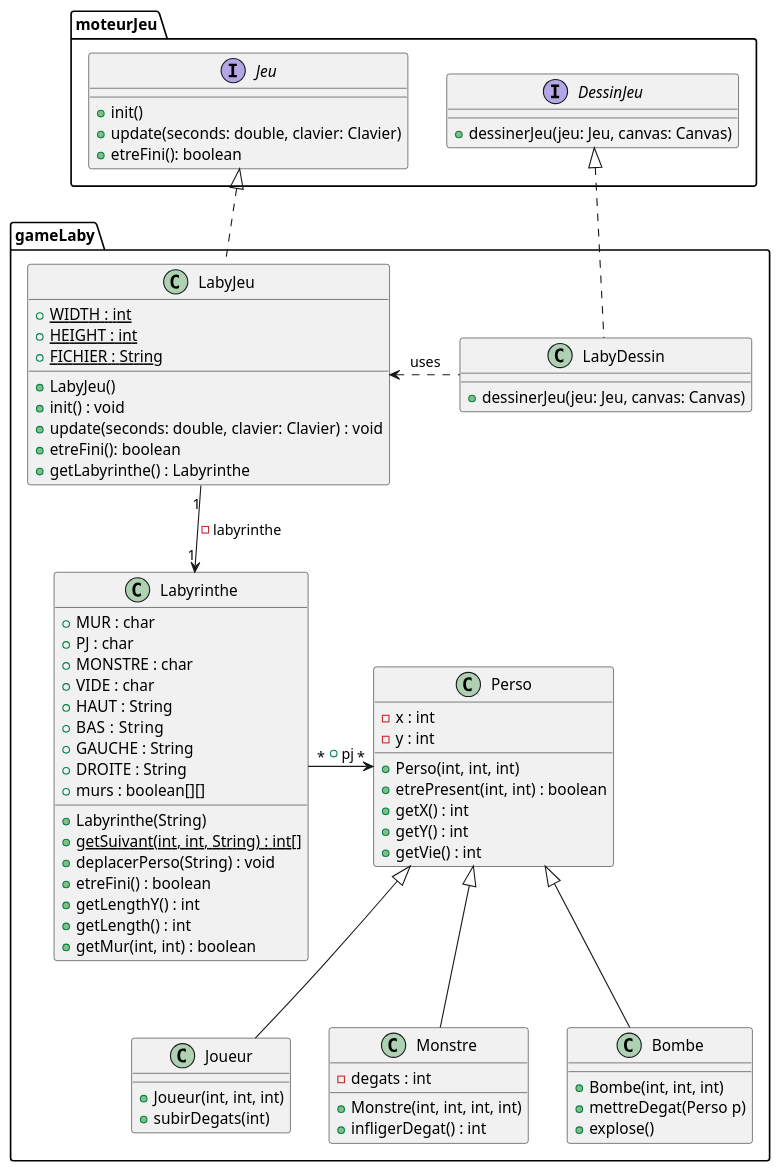
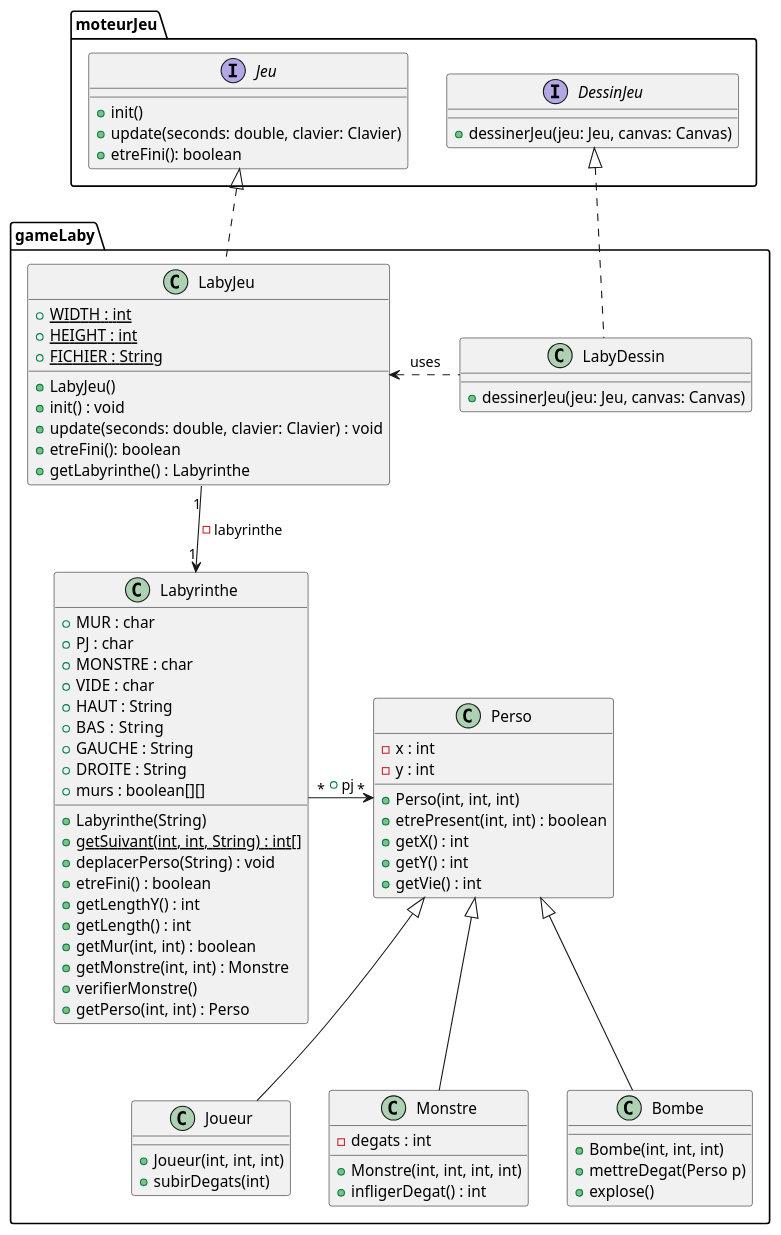
One commit to Packingdustry/2024_Zeldiablo_massoncl1u_delaborde2u_e2074u_marti1228u_e2920u changed the diagram in projet_zeldiablo/documents/version_1/LabyJeu.puml. Above: the diagram before and after it, drawn with PlantUML.

Commit message:
MAJ diagramme de classe 2

```diff
--- a/projet_zeldiablo/documents/version_1/LabyJeu.puml
+++ b/projet_zeldiablo/documents/version_1/LabyJeu.puml
@@ -1,89 +1,92 @@
 @startuml
 package moteurJeu {
 
 interface Jeu{
 + init()
 + update(seconds: double, clavier: Clavier)
 + etreFini(): boolean
 }
 
 
 interface DessinJeu {
 + dessinerJeu(jeu: Jeu, canvas: Canvas)
 }
 }
 
 package gameLaby{
 
 class LabyJeu{
 + {static} WIDTH : int
 + {static} HEIGHT : int
 + {static} FICHIER : String
 + LabyJeu()
 + init() : void
 + update(seconds: double, clavier: Clavier) : void
 + etreFini(): boolean
 + getLabyrinthe() : Labyrinthe
 }
 
 class Labyrinthe {
   + MUR : char
   + PJ : char
   + MONSTRE : char
   + VIDE : char
   + HAUT : String
   + BAS  : String
   + GAUCHE : String
   + DROITE : String
   + murs : boolean[][]
   + Labyrinthe(String)
   + {static} getSuivant(int, int, String) : int[]
   + deplacerPerso(String) : void
   + etreFini() : boolean
   + getLengthY() : int
   + getLength() : int
   + getMur(int, int) : boolean
+  + getMonstre(int, int) : Monstre
+  + verifierMonstre()
+  + getPerso(int, int) : Perso
 }
 
 
 Jeu <|.. LabyJeu
 
 
 LabyJeu "1" --> "1" Labyrinthe : -labyrinthe
 
 
 class LabyDessin{
 + dessinerJeu(jeu: Jeu, canvas: Canvas)
 }
 
 DessinJeu <|.. LabyDessin
 LabyJeu <. LabyDessin:uses
 
 class Perso {
   - x : int
   - y : int
   + Perso(int, int, int)
   + etrePresent(int, int) : boolean
   + getX() : int
   + getY() : int
   + getVie() : int
 }
 
 class Joueur extends Perso{
   + Joueur(int, int, int)
   + subirDegats(int)
 }
 
 class Monstre extends Perso {
   - degats : int
   + Monstre(int, int, int, int)
   + infligerDegat() : int
 }
 class Bombe extends Perso {
   + Bombe(int, int, int)
   + mettreDegat(Perso p)
   + explose()
 }
 Labyrinthe "*" -> "*" Perso : + pj
 }
 @enduml
```
